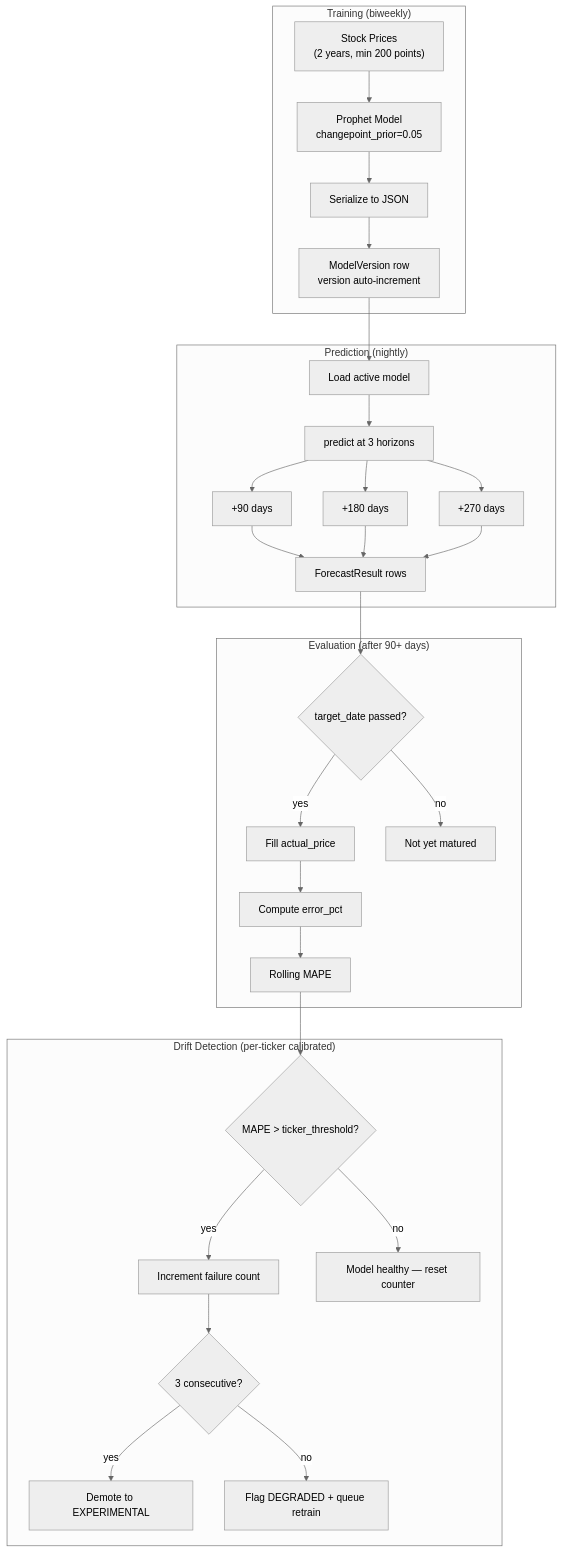
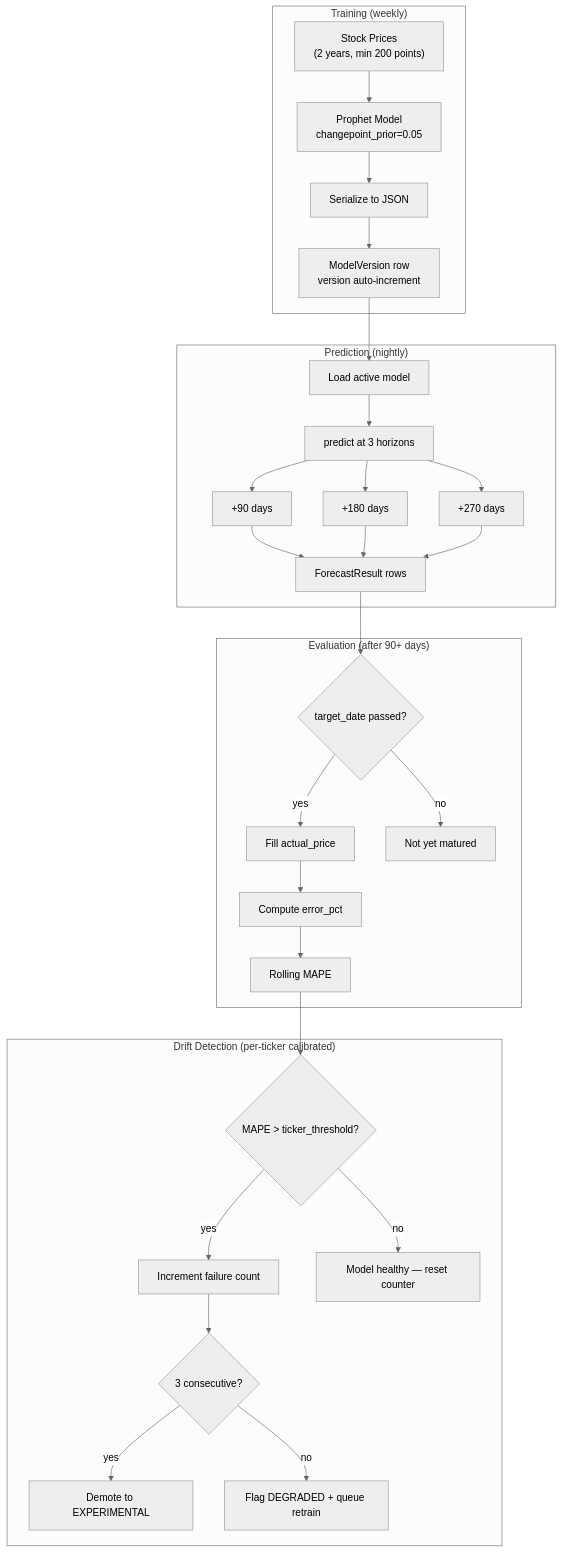
Before and after one commit to vipulbhatia29/stock-signal-platform: the second of 2 diagrams in docs/FSD.md, drawn with Mermaid (neutral theme). The commit also changed other lines of this file and 6 other files, not shown here.

````diff
--- a/docs/FSD.md
+++ b/docs/FSD.md
@@ -681,36 +681,36 @@
 ```mermaid
 flowchart TD
-    subgraph Training["Training (biweekly)"]
+    subgraph Training["Training (weekly)"]
         A["Stock Prices<br/>(2 years, min 200 points)"] --> B["Prophet Model<br/>changepoint_prior=0.05"]
         B --> C["Serialize to JSON"]
         C --> D["ModelVersion row<br/>version auto-increment"]
     end
 
     subgraph Prediction["Prediction (nightly)"]
         D --> E["Load active model"]
         E --> F["predict at 3 horizons"]
         F --> H90["+90 days"]
         F --> H180["+180 days"]
         F --> H270["+270 days"]
         H90 --> I["ForecastResult rows"]
         H180 --> I
         H270 --> I
     end
 
     subgraph Evaluation["Evaluation (after 90+ days)"]
         I --> J{"target_date passed?"}
         J -->|yes| K["Fill actual_price"]
         K --> L["Compute error_pct"]
         L --> M["Rolling MAPE"]
         J -->|no| N["Not yet matured"]
     end
 
     subgraph Drift["Drift Detection (per-ticker calibrated)"]
         M --> O{"MAPE > ticker_threshold?"}
         O -->|yes| P["Increment failure count"]
         P --> P2{"3 consecutive?"}
         P2 -->|yes| P3["Demote to EXPERIMENTAL"]
         P2 -->|no| P4["Flag DEGRADED + queue retrain"]
         O -->|no| Q["Model healthy — reset counter"]
     end
 ```
````
